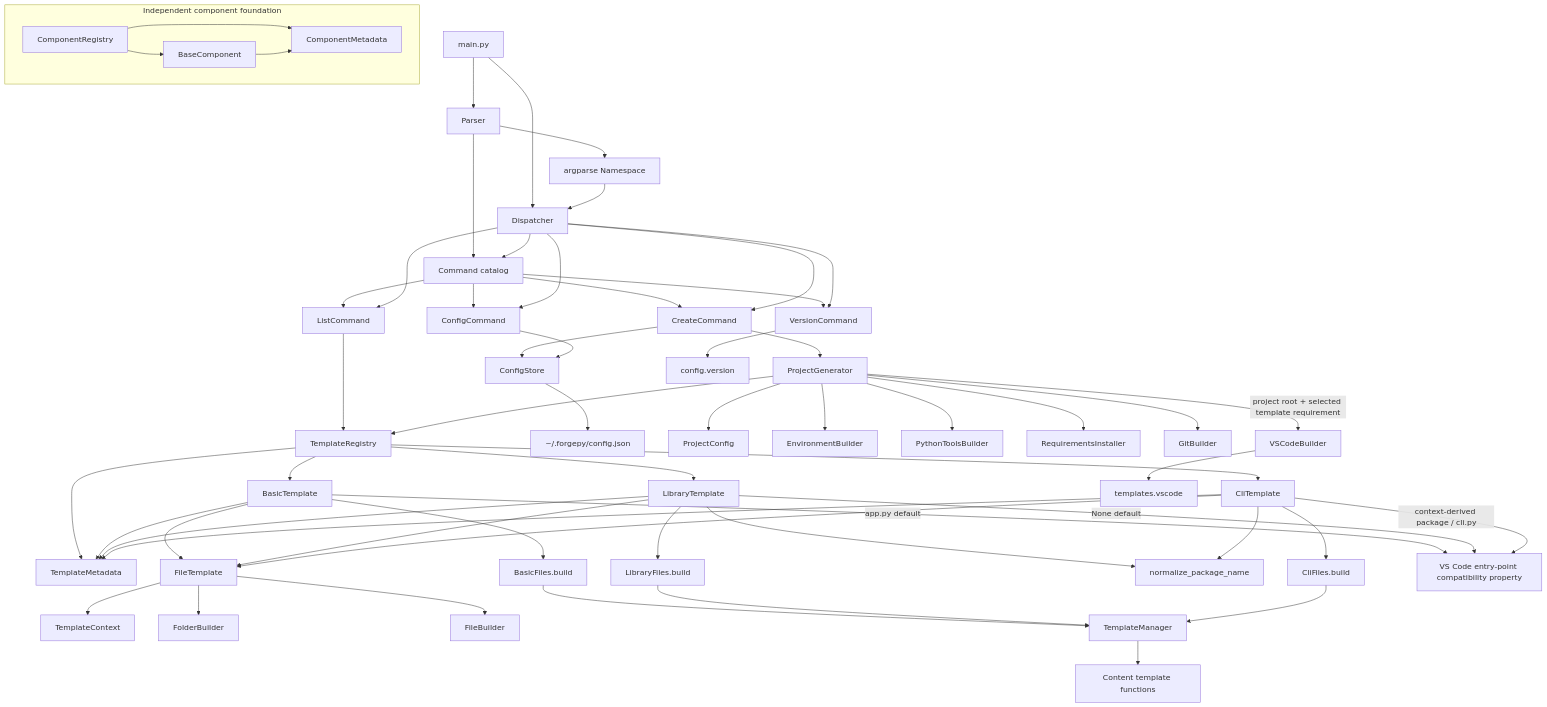
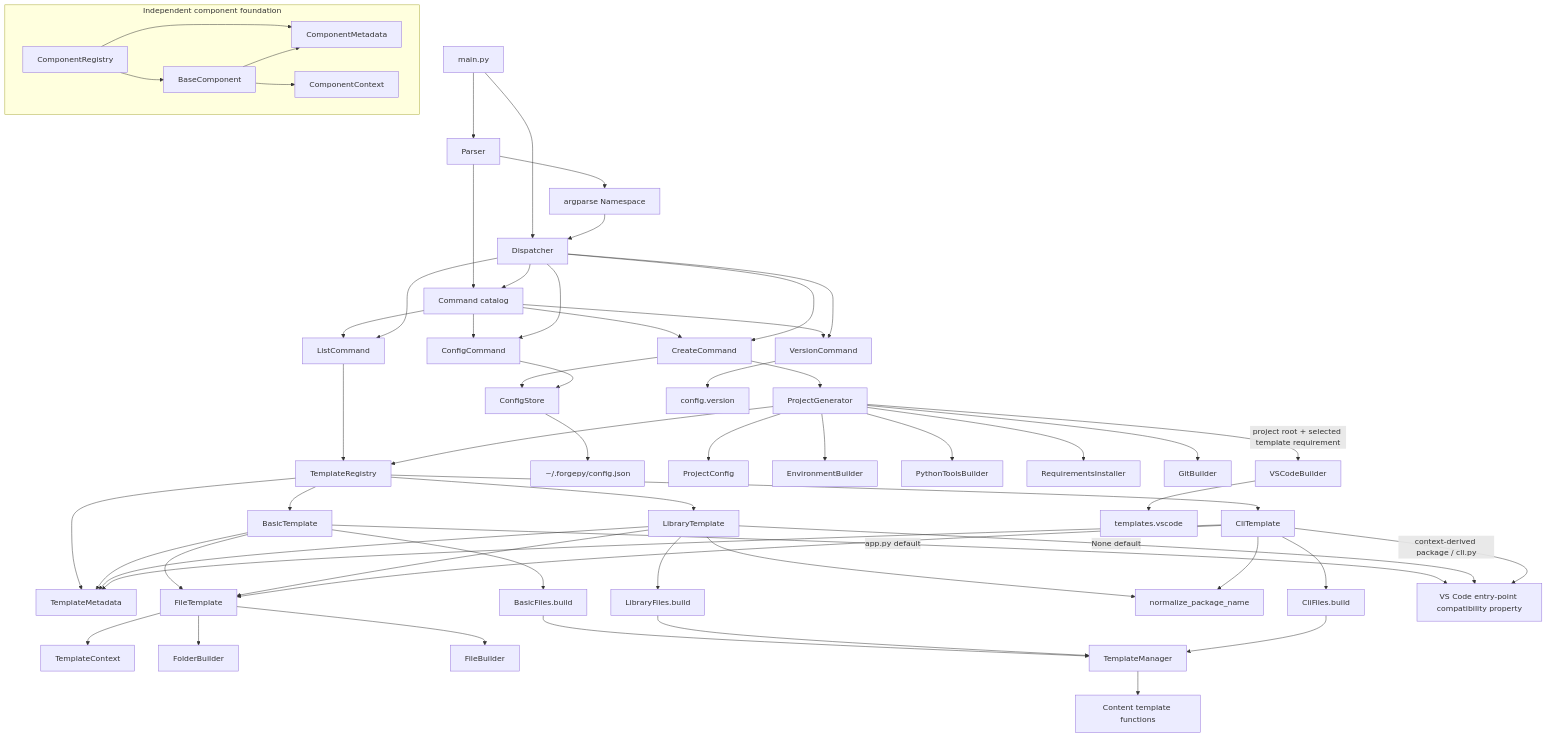
Before and after one commit to rendyzou89/ForgePy: the second of 4 diagrams in ARCHITECTURE.md, drawn with Mermaid. The commit also changed other lines of this file and 8 other files, not shown here.

````diff
--- a/ARCHITECTURE.md
+++ b/ARCHITECTURE.md
@@ -126,67 +128,68 @@
 ```mermaid
 flowchart TD
     Main[main.py] --> Parser[Parser]
     Main --> Dispatcher[Dispatcher]
     Parser --> Namespace[argparse Namespace]
     Namespace --> Dispatcher
 
     Parser --> Catalog[Command catalog]
     Dispatcher --> Catalog
     Catalog --> Create[CreateCommand]
     Catalog --> List[ListCommand]
     Catalog --> Version[VersionCommand]
     Catalog --> Config[ConfigCommand]
 
     Dispatcher --> Create
     Dispatcher --> List
     Dispatcher --> Version
     Dispatcher --> Config
 
     Create --> UserConfig
     Create --> Generator[ProjectGenerator]
     List --> Registry[TemplateRegistry]
     Registry --> TemplateMetadata[TemplateMetadata]
     Version --> VersionConfig[config.version]
     Config --> UserConfig[ConfigStore]
     UserConfig --> ConfigFile[~/.forgepy/config.json]
 
     subgraph ComponentFoundation[Independent component foundation]
         ComponentRegistry[ComponentRegistry] --> BaseComponent[BaseComponent]
         ComponentRegistry --> ComponentMetadata[ComponentMetadata]
         BaseComponent --> ComponentMetadata
+        BaseComponent --> ComponentContext[ComponentContext]
     end
 
     Generator --> ProjectConfig[ProjectConfig]
     Generator --> Registry
     Registry --> Basic[BasicTemplate]
     Registry --> Library[LibraryTemplate]
     Registry --> Cli[CliTemplate]
     Basic --> TemplateMetadata
     Library --> TemplateMetadata
     Cli --> TemplateMetadata
     Basic --> FileTemplate[FileTemplate]
     Library --> FileTemplate
     Cli --> FileTemplate
     FileTemplate --> Context[TemplateContext]
     FileTemplate --> FolderBuilder[FolderBuilder]
     FileTemplate --> FileBuilder[FileBuilder]
     Basic --> BasicFiles[BasicFiles.build]
     Library --> LibraryFiles[LibraryFiles.build]
     Library --> PackageName[normalize_package_name]
     Cli --> CliFiles[CliFiles.build]
     Cli --> PackageName
     BasicFiles --> TemplateManager[TemplateManager]
     LibraryFiles --> TemplateManager
     CliFiles --> TemplateManager
     TemplateManager --> Content[Content template functions]
     Basic -->|app.py default| VSCodeRequirement[VS Code entry-point compatibility property]
     Library -->|None default| VSCodeRequirement
     Cli -->|context-derived package / cli.py| VSCodeRequirement
 
     Generator --> Environment[EnvironmentBuilder]
     Generator --> PythonTools[PythonToolsBuilder]
     Generator --> Requirements[RequirementsInstaller]
     Generator --> Git[GitBuilder]
     Generator -->|project root + selected template requirement| VSCode[VSCodeBuilder]
     VSCode --> VSCodeTemplates[templates.vscode]
 ```
````
